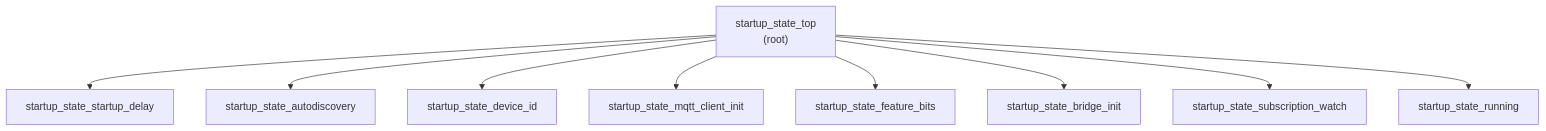
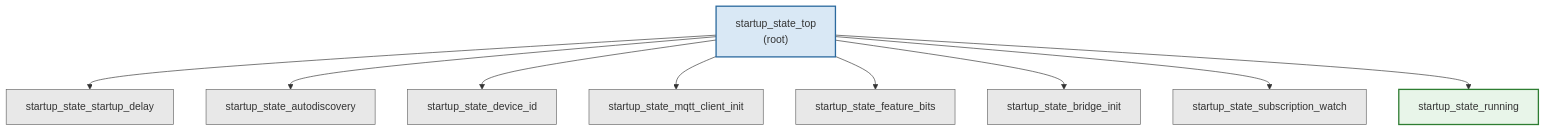
The second of 2 diagrams in docs/architecture/startup-sequence.md (eddietheengineer/home-assistant-bridge-esphome), drawn with Mermaid before and after one commit. The commit also changed other lines of this file and 3 other files, not shown here.

First line of the commit message:
docs: standardize Mermaid charts with light/dark compatible theme and fix rendering

````diff
--- a/docs/architecture/startup-sequence.md
+++ b/docs/architecture/startup-sequence.md
@@ -184,21 +186,29 @@
 ```mermaid
 graph TB
     TOP["startup_state_top<br/>(root)"]
     SD["startup_state_startup_delay"]
     AD["startup_state_autodiscovery"]
     DI["startup_state_device_id"]
     MC["startup_state_mqtt_client_init"]
     FB["startup_state_feature_bits"]
     BI["startup_state_bridge_init"]
     SW["startup_state_subscription_watch"]
     RN["startup_state_running"]
 
+    classDef root fill:#d9e8f5,stroke:#2c6a9e,stroke-width:2px
+    classDef state fill:#e8e8e8,stroke:#666666
+    classDef terminal fill:#e8f5e9,stroke:#2e7d32,stroke-width:2px
+
+    class TOP root
+    class SD,AD,DI,MC,FB,BI,SW state
+    class RN terminal
+
     TOP --> SD
     TOP --> AD
     TOP --> DI
     TOP --> MC
     TOP --> FB
     TOP --> BI
     TOP --> SW
     TOP --> RN
 ```
````
